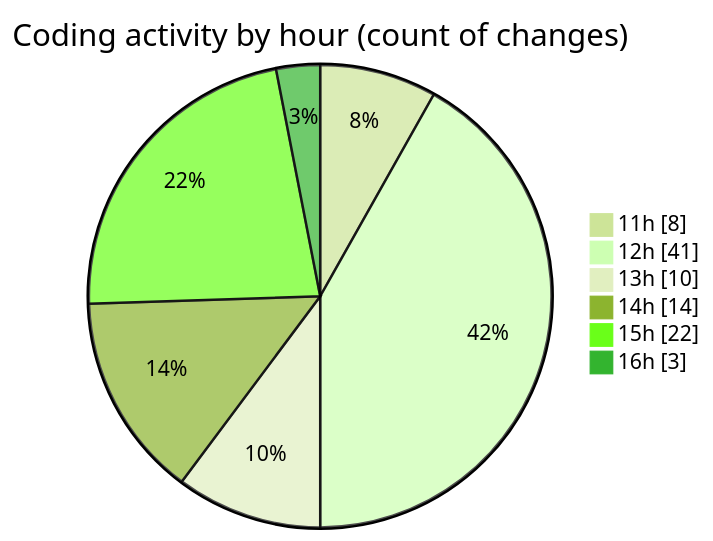
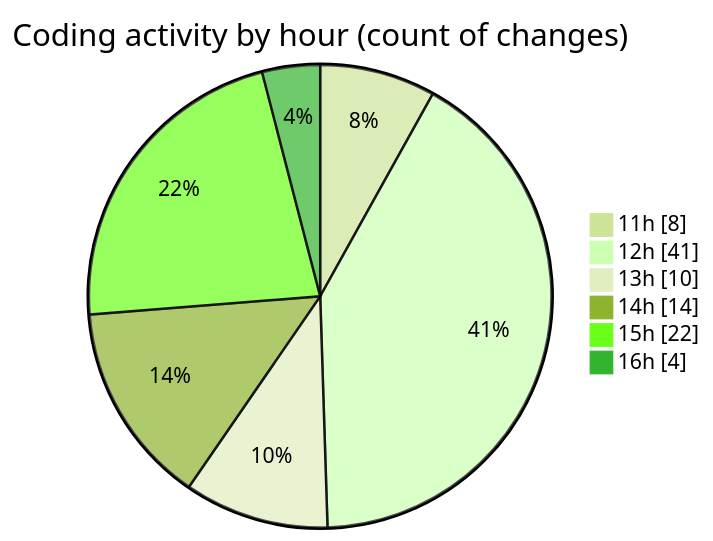
One commit to BS-eng2023/code-tracking changed the second of 2 diagrams in 2025-05-04/project/README.md. Above: the diagram before and after it, drawn with Mermaid (forest theme). The commit also changed other lines of this file and 1 other file, not shown here.

````diff
--- a/2025-05-04/project/README.md
+++ b/2025-05-04/project/README.md
@@ -51,10 +51,10 @@
 ```mermaid
 pie showData
 title Coding activity by hour (count of changes)
 "11h" : 8
 "12h" : 41
 "13h" : 10
 "14h" : 14
 "15h" : 22
-"16h" : 3
+"16h" : 4
 ```
````
